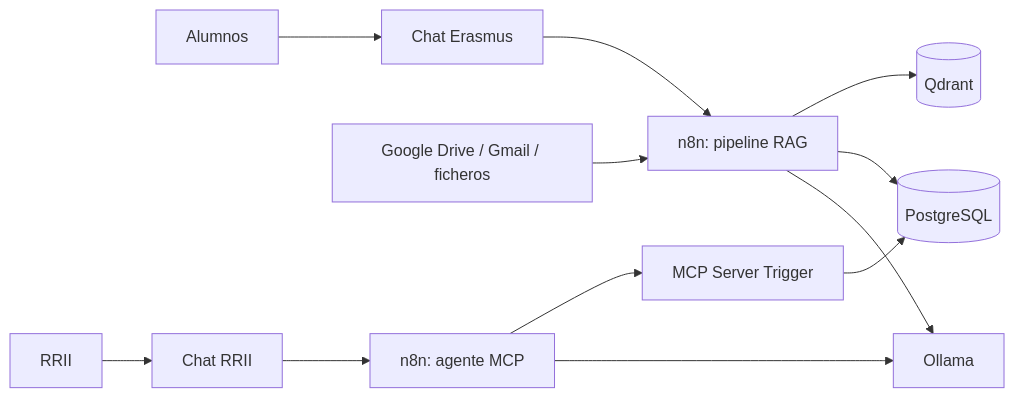
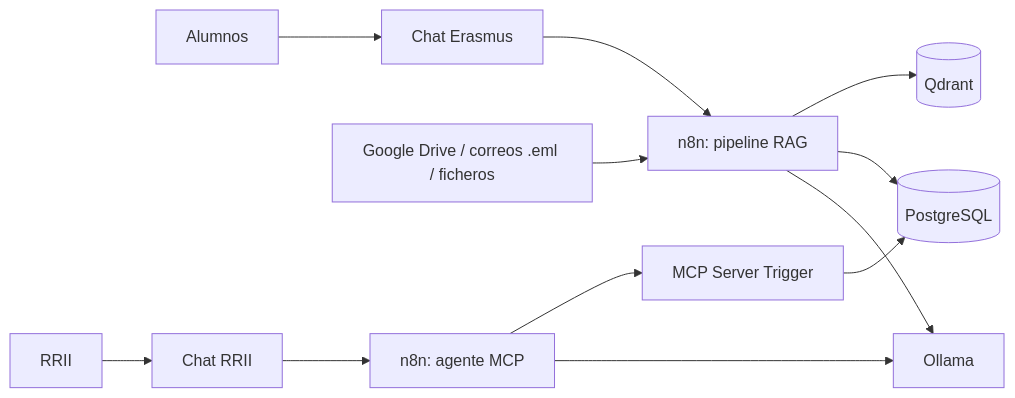
One commit to jjrmch/erasmus-rag-chatbot changed the diagram in README.md. Above: the diagram before and after it, drawn with Mermaid. The commit also changed other lines of this file, not shown here.

Commit message:
docs: precisar las fuentes de ingesta del pipeline

````diff
--- a/README.md
+++ b/README.md
@@ -28,14 +28,14 @@
 ```mermaid
 flowchart LR
     A[Alumnos] --> C1[Chat Erasmus]
     S[RRII] --> C2[Chat RRII]
-    G[Google Drive / Gmail / ficheros] --> N1[n8n: pipeline RAG]
+    G[Google Drive / correos .eml / ficheros] --> N1[n8n: pipeline RAG]
     C1 --> N1
     N1 --> Q[(Qdrant)]
     N1 --> P[(PostgreSQL)]
     N1 --> O[Ollama]
     C2 --> N2[n8n: agente MCP]
     N2 --> M[MCP Server Trigger]
     M --> P
     N2 --> O
 ```
````
